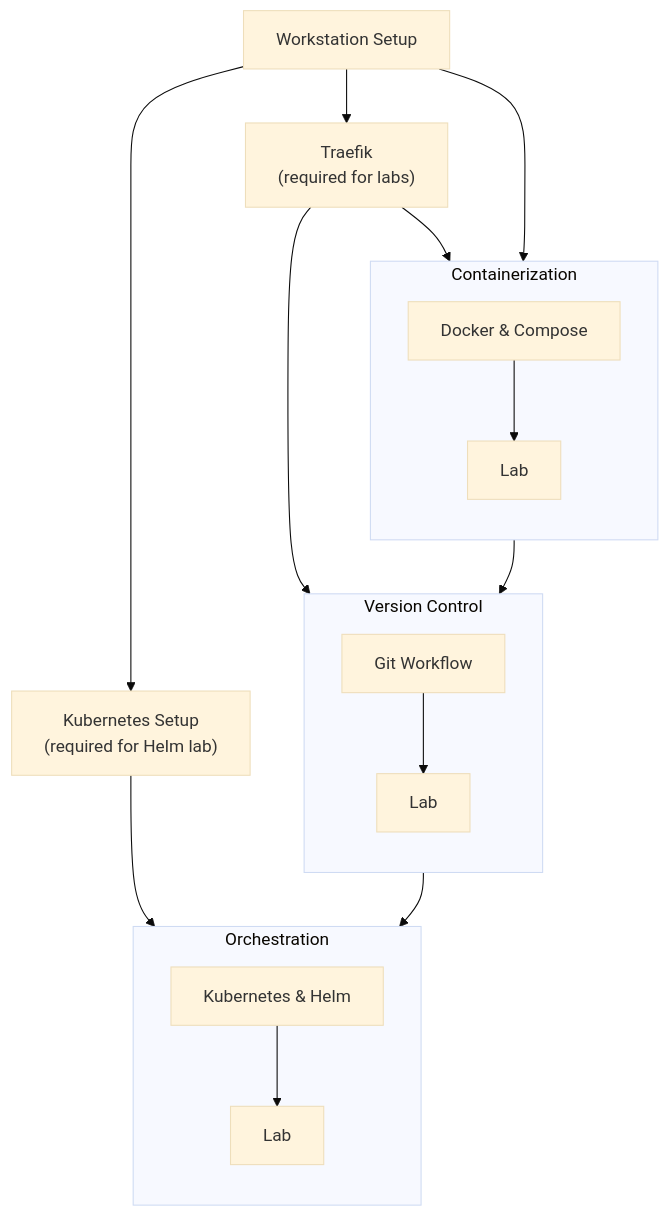
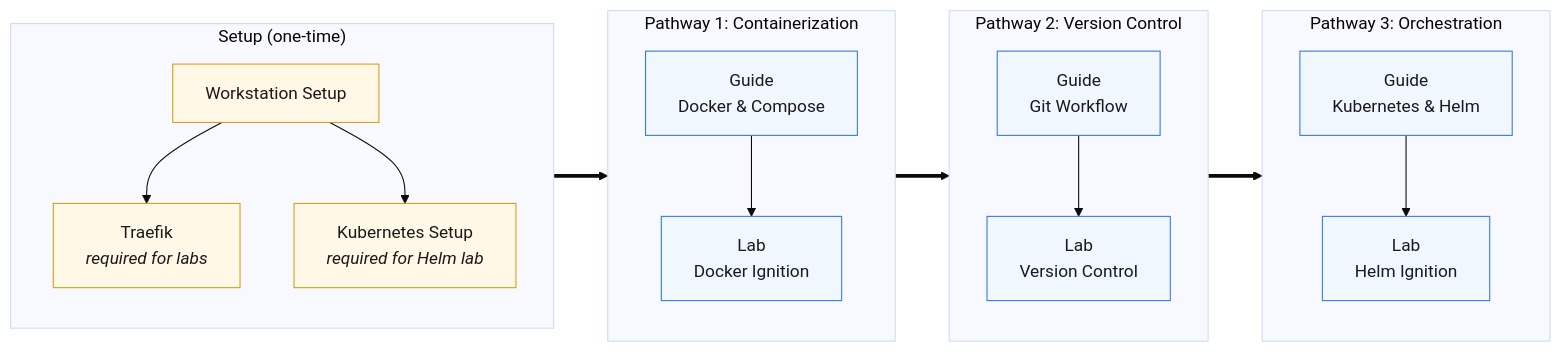
Before and after one commit to ia-eknorr/ignition-guides: the diagram in docs/getting-started/index.md, drawn with Mermaid (base theme). The commit also changed other lines of this file, not shown here.

Commit message:
clean up learning pathways diagram: LR layout, clickable nodes

````diff
--- a/docs/getting-started/index.md
+++ b/docs/getting-started/index.md
@@ -36,37 +36,49 @@
 ```mermaid
-flowchart TD
-    WS["Workstation Setup"]
-    TR["Traefik\n(required for labs)"]
-    KS["Kubernetes Setup\n(required for Helm lab)"]
+flowchart LR
+    subgraph SETUP["Setup (one-time)"]
+        direction TB
+        WS["Workstation Setup"]
+        TR["Traefik<br/><i>required for labs</i>"]
+        KS["Kubernetes Setup<br/><i>required for Helm lab</i>"]
+        WS --> TR
+        WS --> KS
+    end
 
-    WS --> TR
-    WS --> KS
-    WS --> CONTAINERIZATION
-
-    subgraph CONTAINERIZATION ["Containerization"]
+    subgraph CONTAINERS["Pathway 1: Containerization"]
         direction TB
-        CG["Docker & Compose"]
-        CL["Lab"]
+        CG["Guide<br/>Docker &amp; Compose"]
+        CL["Lab<br/>Docker Ignition"]
         CG --> CL
     end
 
-    subgraph VERSION_CONTROL ["Version Control"]
+    subgraph VCS["Pathway 2: Version Control"]
         direction TB
-        VG["Git Workflow"]
-        VL["Lab"]
+        VG["Guide<br/>Git Workflow"]
+        VL["Lab<br/>Version Control"]
         VG --> VL
     end
 
-    subgraph ORCHESTRATION ["Orchestration"]
+    subgraph ORCH["Pathway 3: Orchestration"]
         direction TB
-        OG["Kubernetes & Helm"]
-        OL["Lab"]
+        OG["Guide<br/>Kubernetes &amp; Helm"]
+        OL["Lab<br/>Helm Ignition"]
         OG --> OL
     end
 
-    TR --> CL
-    CL --> VERSION_CONTROL
-    TR --> VL
-    VL --> ORCHESTRATION
-    KS --> OL
+    SETUP ==> CONTAINERS ==> VCS ==> ORCH
+
+    click WS "/ignition-guides/docs/getting-started/workstation-setup" "Workstation Setup"
+    click TR "/ignition-guides/docs/getting-started/traefik" "Traefik Reverse Proxy"
+    click KS "/ignition-guides/docs/getting-started/kubernetes-setup" "Kubernetes Setup"
+    click CG "/ignition-guides/docs/guides/docker/intro" "Docker & Compose Guide"
+    click CL "/ignition-guides/docs/labs/docker-ignition-lab" "Docker Ignition Lab"
+    click VG "/ignition-guides/docs/guides/version-control/intro" "Git Workflow Guide"
+    click VL "/ignition-guides/docs/labs/version-control-lab" "Version Control Lab"
+    click OG "/ignition-guides/docs/guides/kubernetes/concepts" "Kubernetes & Helm Guide"
+    click OL "/ignition-guides/docs/labs/helm-ignition-lab" "Helm Ignition Lab"
+
+    classDef pathway fill:#f0f7ff,stroke:#3578e5,stroke-width:1px,color:#1a1a1a;
+    classDef setup fill:#fff8e6,stroke:#d4a017,stroke-width:1px,color:#1a1a1a;
+    class CG,CL,VG,VL,OG,OL pathway;
+    class WS,TR,KS setup;
 ```
````
